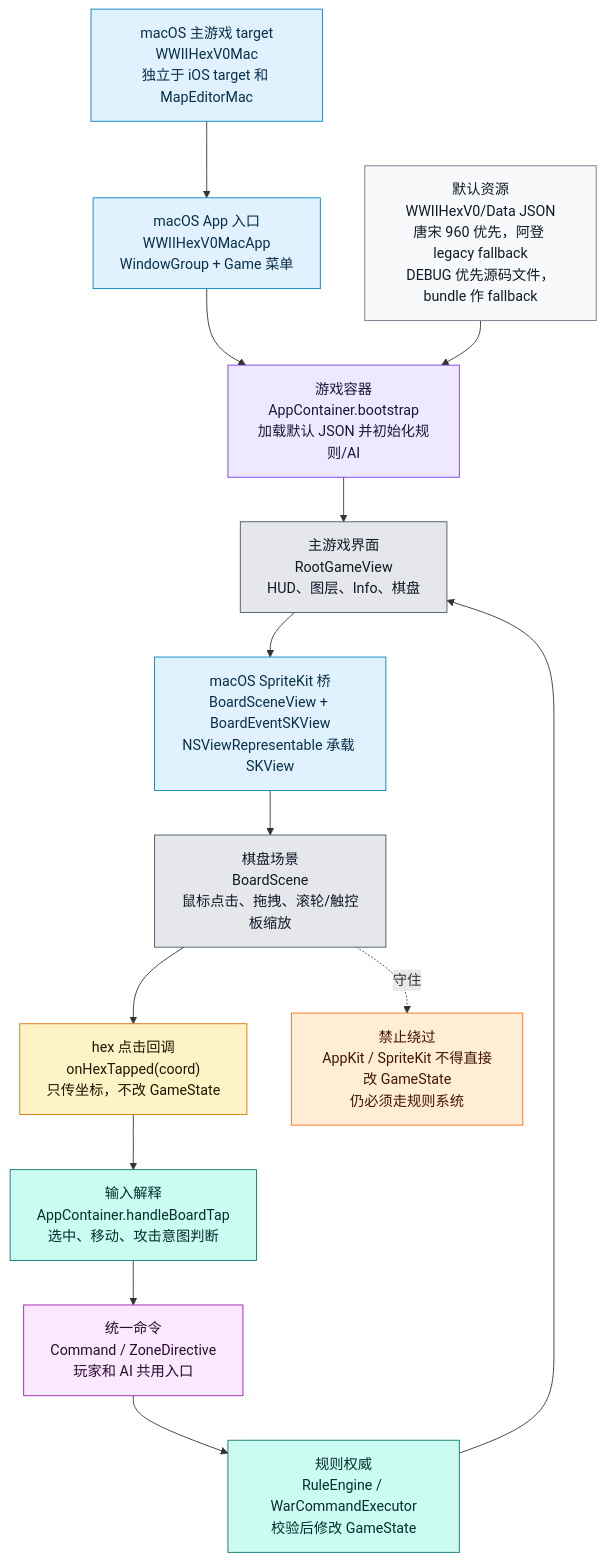
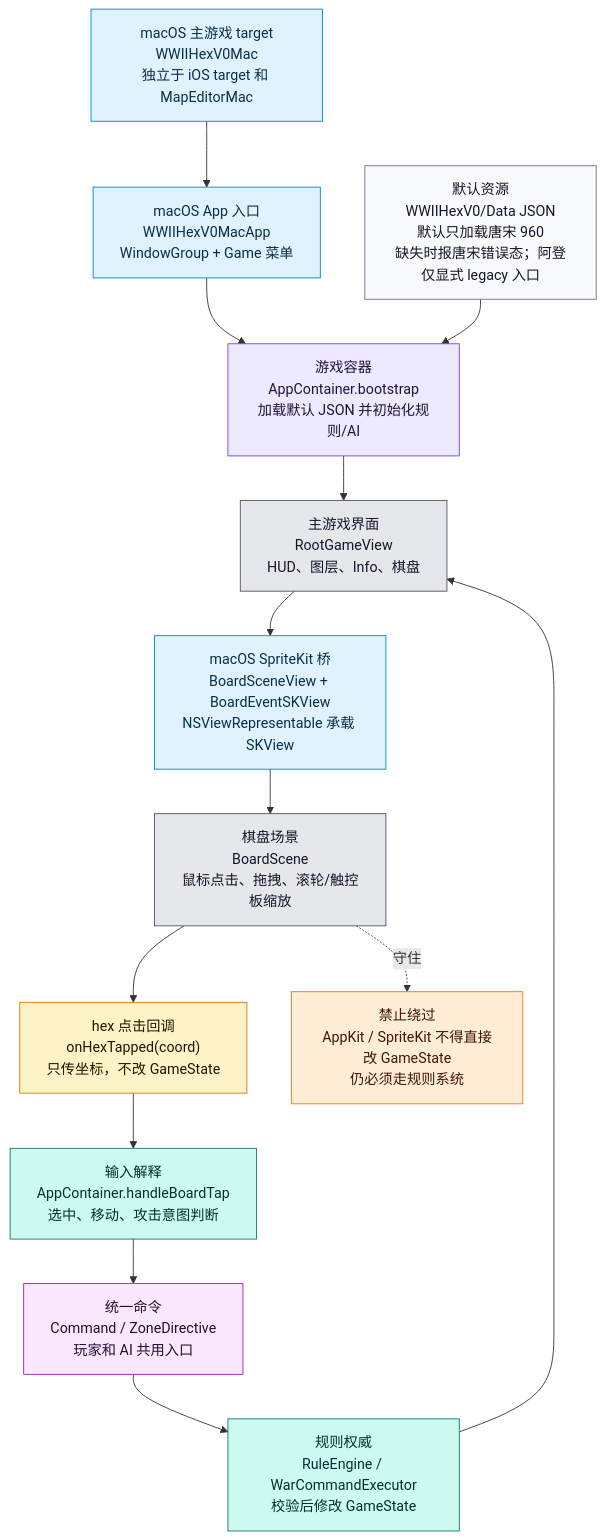
The ninth of 12 diagrams in md/flow/flowchart.md (Altman-sam114/125), drawn with Mermaid before and after one commit. The commit also changed other lines of this file and 8 other files, not shown here.

````diff
--- a/md/flow/flowchart.md
+++ b/md/flow/flowchart.md
@@ -535,30 +536,30 @@
 ```mermaid
 flowchart TD
     TARGET["macOS 主游戏 target<br/>WWIIHexV0Mac<br/>独立于 iOS target 和 MapEditorMac"]:::platform
     APP["macOS App 入口<br/>WWIIHexV0MacApp<br/>WindowGroup + Game 菜单"]:::platform
     BOOT["游戏容器<br/>AppContainer.bootstrap<br/>加载默认 JSON 并初始化规则/AI"]:::state
     ROOT["主游戏界面<br/>RootGameView<br/>HUD、图层、Info、棋盘"]:::ui
     BRIDGE["macOS SpriteKit 桥<br/>BoardSceneView + BoardEventSKView<br/>NSViewRepresentable 承载 SKView"]:::platform
     SCENE["棋盘场景<br/>BoardScene<br/>鼠标点击、拖拽、滚轮/触控板缩放"]:::ui
     TAP["hex 点击回调<br/>onHexTapped(coord)<br/>只传坐标，不改 GameState"]:::input
     CONTAINER["输入解释<br/>AppContainer.handleBoardTap<br/>选中、移动、攻击意图判断"]:::rules
     COMMAND["统一命令<br/>Command / ZoneDirective<br/>玩家和 AI 共用入口"]:::command
     ENGINE["规则权威<br/>RuleEngine / WarCommandExecutor<br/>校验后修改 GameState"]:::rules
-    DATA["默认资源<br/>WWIIHexV0/Data JSON<br/>唐宋 960 优先，阿登 legacy fallback<br/>DEBUG 优先源码文件，bundle 作 fallback"]:::data
+    DATA["默认资源<br/>WWIIHexV0/Data JSON<br/>默认只加载唐宋 960<br/>缺失时报唐宋错误态；阿登仅显式 legacy 入口"]:::data
 
     TARGET --> APP --> BOOT --> ROOT --> BRIDGE --> SCENE --> TAP --> CONTAINER --> COMMAND --> ENGINE
     DATA --> BOOT
     ENGINE --> ROOT
 
     WARN["禁止绕过<br/>AppKit / SpriteKit 不得直接改 GameState<br/>仍必须走规则系统"]:::warn
     SCENE -.守住.-> WARN
 
     classDef platform fill:#e0f2fe,stroke:#0284c7,color:#082f49
     classDef state fill:#ede9fe,stroke:#7c3aed,color:#1f143d
     classDef ui fill:#e5e7eb,stroke:#4b5563,color:#111827
     classDef input fill:#fef3c7,stroke:#d97706,color:#1f1600
     classDef command fill:#fae8ff,stroke:#a21caf,color:#2a0a2f
     classDef rules fill:#ccfbf1,stroke:#0f766e,color:#042f2e
     classDef data fill:#f8f9fb,stroke:#6b7280,color:#111827
     classDef warn fill:#ffedd5,stroke:#f97316,color:#431407
 ```
````
